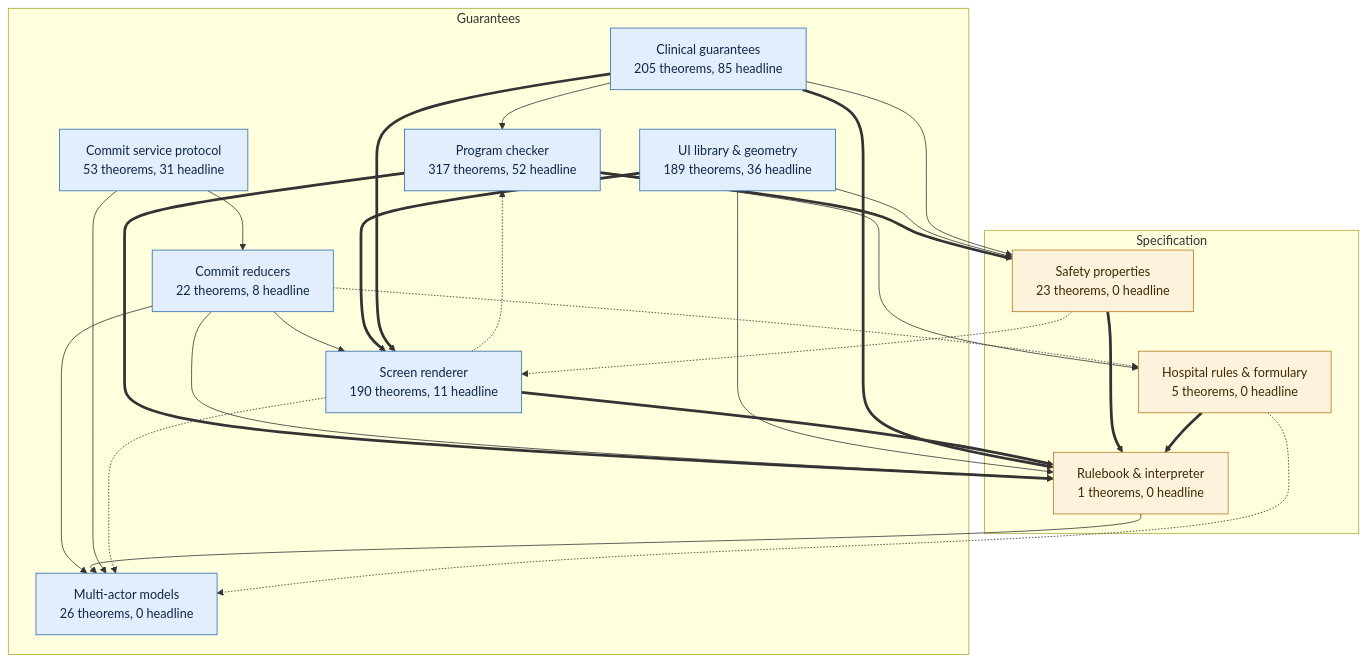
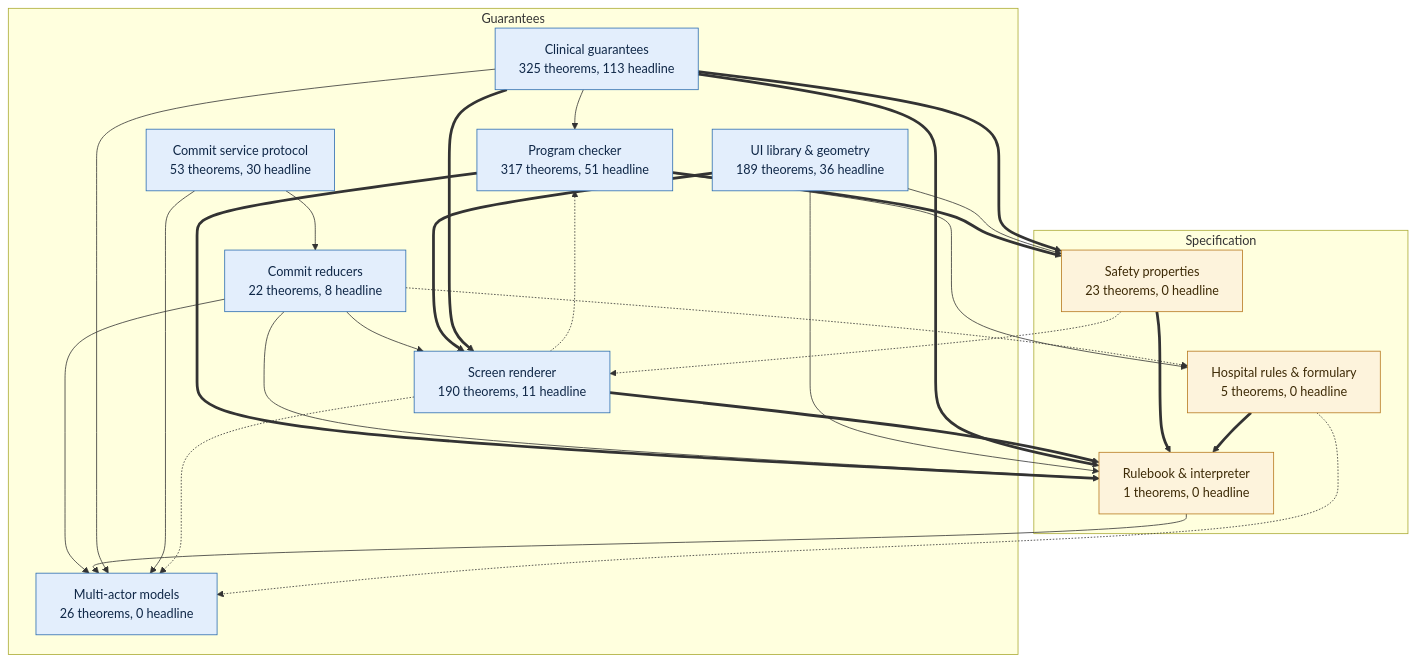
Before and after one commit to saithat/VGI-Health: the first of 9 diagrams in docs/proof-map.md, drawn with Mermaid. The commit also changed other lines of this file and 3 other files, not shown here.

````diff
--- a/docs/proof-map.md
+++ b/docs/proof-map.md
@@ -15,43 +15,44 @@
 ```mermaid
 flowchart TB
   subgraph guar_g["Guarantees"]
-    proofs["Clinical guarantees<br/>205 theorems, 85 headline"]:::guar
-    check["Program checker<br/>317 theorems, 52 headline"]:::guar
+    proofs["Clinical guarantees<br/>325 theorems, 113 headline"]:::guar
+    check["Program checker<br/>317 theorems, 51 headline"]:::guar
     render["Screen renderer<br/>190 theorems, 11 headline"]:::guar
     layout["UI library &amp; geometry<br/>189 theorems, 36 headline"]:::guar
     commit["Commit reducers<br/>22 theorems, 8 headline"]:::guar
-    protocol["Commit service protocol<br/>53 theorems, 31 headline"]:::guar
+    protocol["Commit service protocol<br/>53 theorems, 30 headline"]:::guar
     multi["Multi-actor models<br/>26 theorems, 0 headline"]:::guar
   end
   subgraph spec_g["Specification"]
     core["Rulebook &amp; interpreter<br/>1 theorems, 0 headline"]:::spec
     props["Safety properties<br/>23 theorems, 0 headline"]:::spec
     specs["Hospital rules &amp; formulary<br/>5 theorems, 0 headline"]:::spec
   end
   check ==> core
   check ==> props
   check --> specs
   commit --> core
   commit --> multi
   commit --> render
   commit -.-> specs
   core --> multi
   layout --> core
   layout --> props
   layout ==> render
   proofs --> check
   proofs ==> core
-  proofs --> props
+  proofs --> multi
+  proofs ==> props
   proofs ==> render
   props ==> core
   props -.-> render
   protocol --> commit
   protocol --> multi
   render -.-> check
   render ==> core
   render -.-> multi
   specs ==> core
   specs -.-> multi
   classDef spec fill:#fdf3dc,stroke:#b7791f,color:#3d2a06
   classDef guar fill:#e3eefc,stroke:#2b6cb0,color:#0f2747
 ```
````
